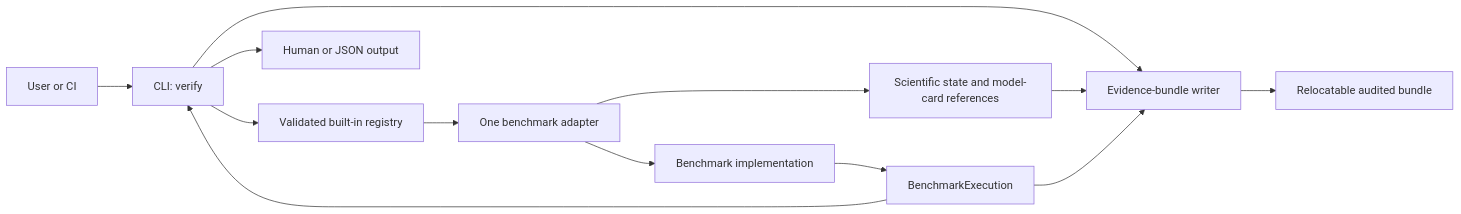
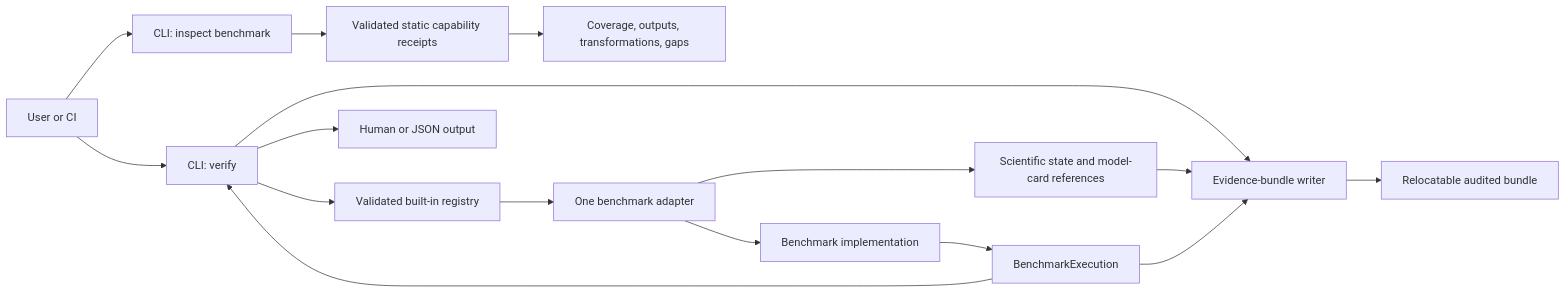
The diagram in docs/architecture.md (qbit-liu/HoloForge), drawn with Mermaid before and after one commit. The commit also changed other lines of this file and 25 other files, not shown here.

````diff
--- a/docs/architecture.md
+++ b/docs/architecture.md
@@ -10,15 +10,18 @@
 ```mermaid
 flowchart LR
     user["User or CI"] --> cli["CLI: verify"]
+    user --> inspect["CLI: inspect benchmark"]
+    inspect --> receipts["Validated static capability receipts"]
+    receipts --> inspection["Coverage, outputs, transformations, gaps"]
     cli --> registry["Validated built-in registry"]
     registry --> adapter["One benchmark adapter"]
     adapter --> implementation["Benchmark implementation"]
     implementation --> execution["BenchmarkExecution"]
     execution --> cli
     adapter --> state["Scientific state and model-card references"]
     cli --> output["Human or JSON output"]
     cli --> evidence["Evidence-bundle writer"]
     state --> evidence
     execution --> evidence
     evidence --> bundle["Relocatable audited bundle"]
 ```
````
